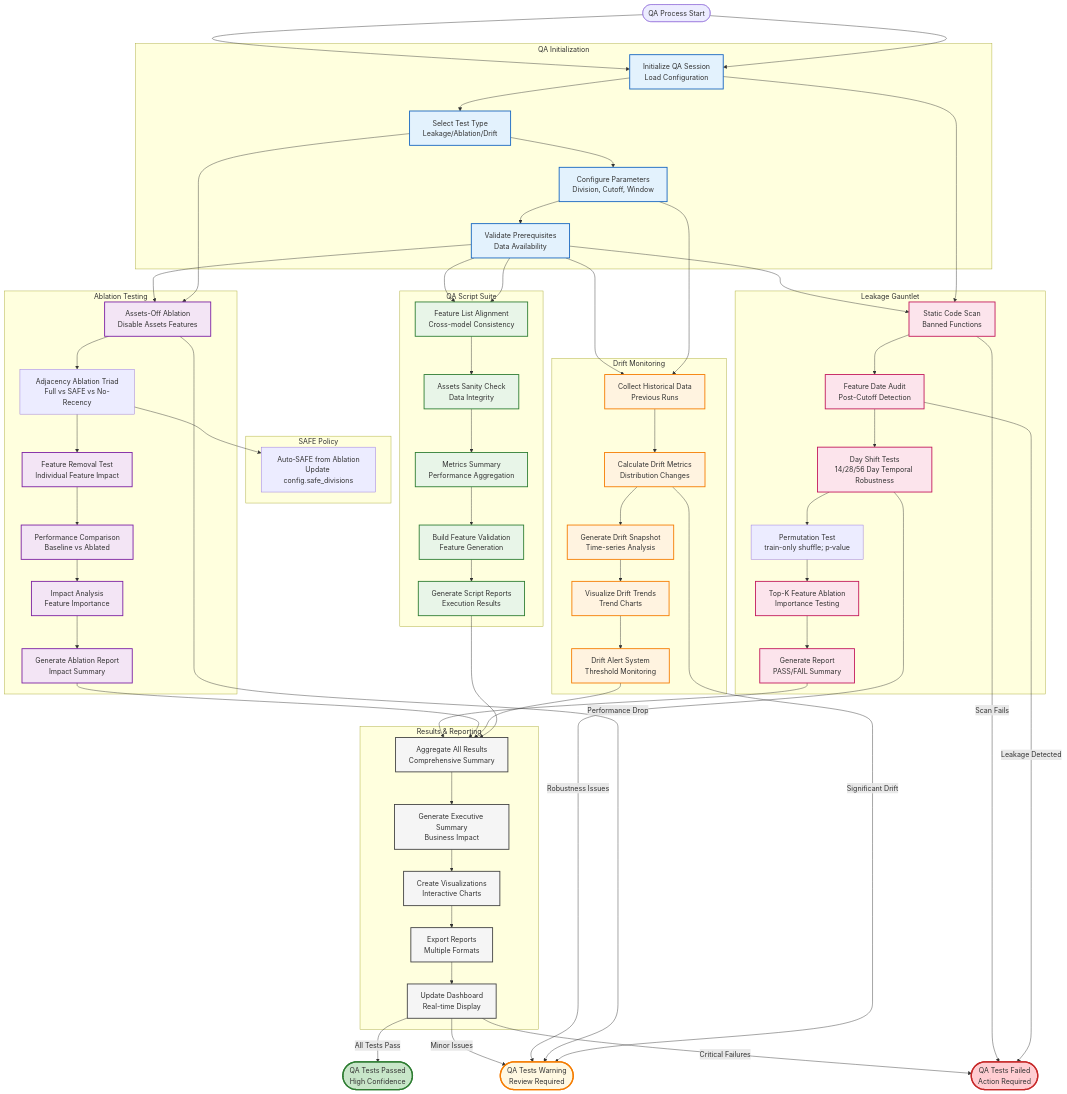
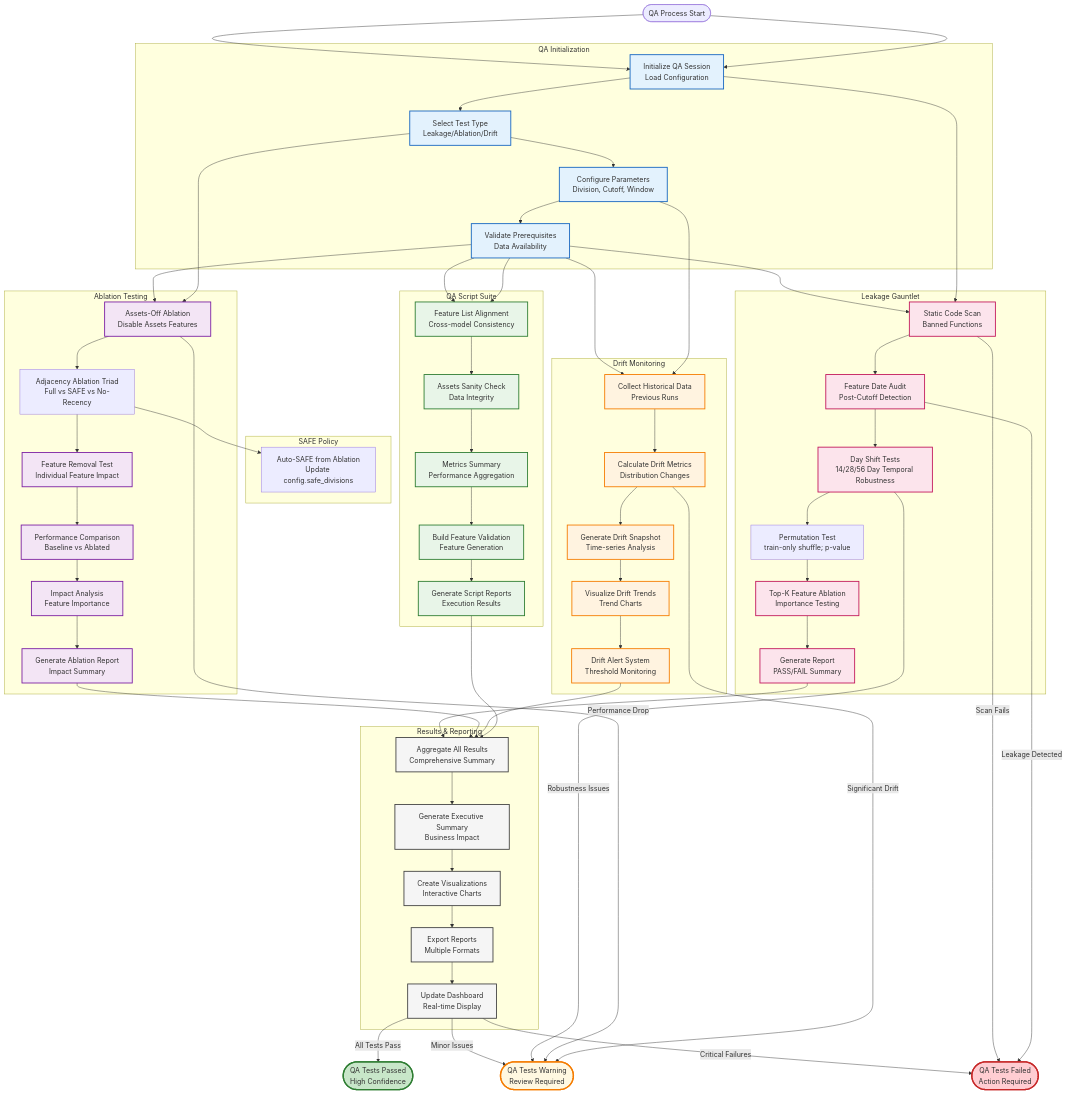
Before and after one commit to greygizmo/SSE: the diagram in gosales/docs/architecture/10_quality_assurance_flow.mmd, drawn with Mermaid. The commit also changed 7 other files, not shown here.

Commit message:
docs: normalize mermaid diagrams

```diff
--- a/gosales/docs/architecture/10_quality_assurance_flow.mmd
+++ b/gosales/docs/architecture/10_quality_assurance_flow.mmd
@@ -20,7 +20,7 @@
         StaticScan[Static Code Scan<br/>Banned Functions]
         FeatureAudit[Feature Date Audit<br/>Post-Cutoff Detection]
         Shift14Test[Day Shift Tests<br/>14/28/56 Day Temporal Robustness]
-        PermutationTest[Permutation Test<br/>train-only shuffle; p‑value]
+        PermutationTest[Permutation Test<br/>train-only shuffle; p-value]
         TopKAblation[Top-K Feature Ablation<br/>Importance Testing]
         ConsolidatedReport[Generate Report<br/>PASS/FAIL Summary]
     end
@@ -37,7 +37,7 @@
 
     %% SAFE Policy
     subgraph "SAFE Policy"
-        AutoSAFE[Auto‑SAFE from Ablation<br/>Update config.safe_divisions]
+        AutoSAFE[Auto-SAFE from Ablation<br/>Update config.safe_divisions]
     end
 
     %% Drift Monitoring Flow
```
